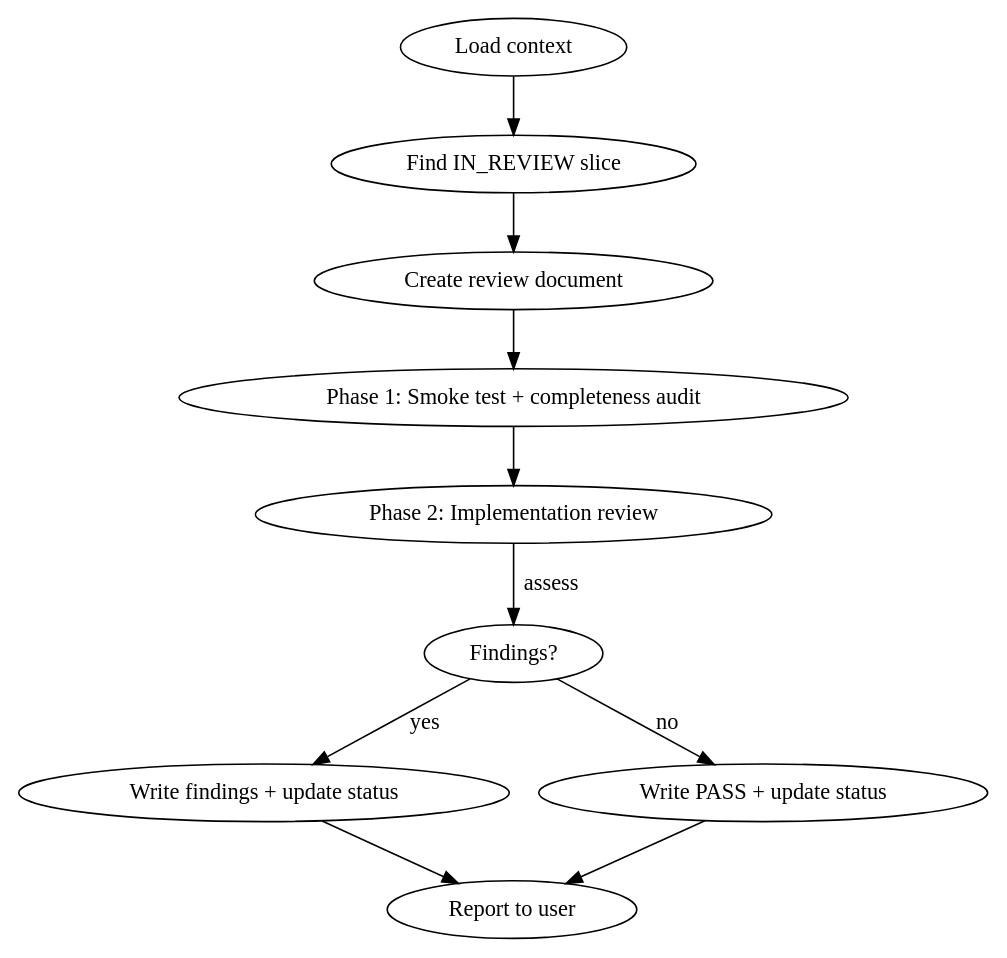
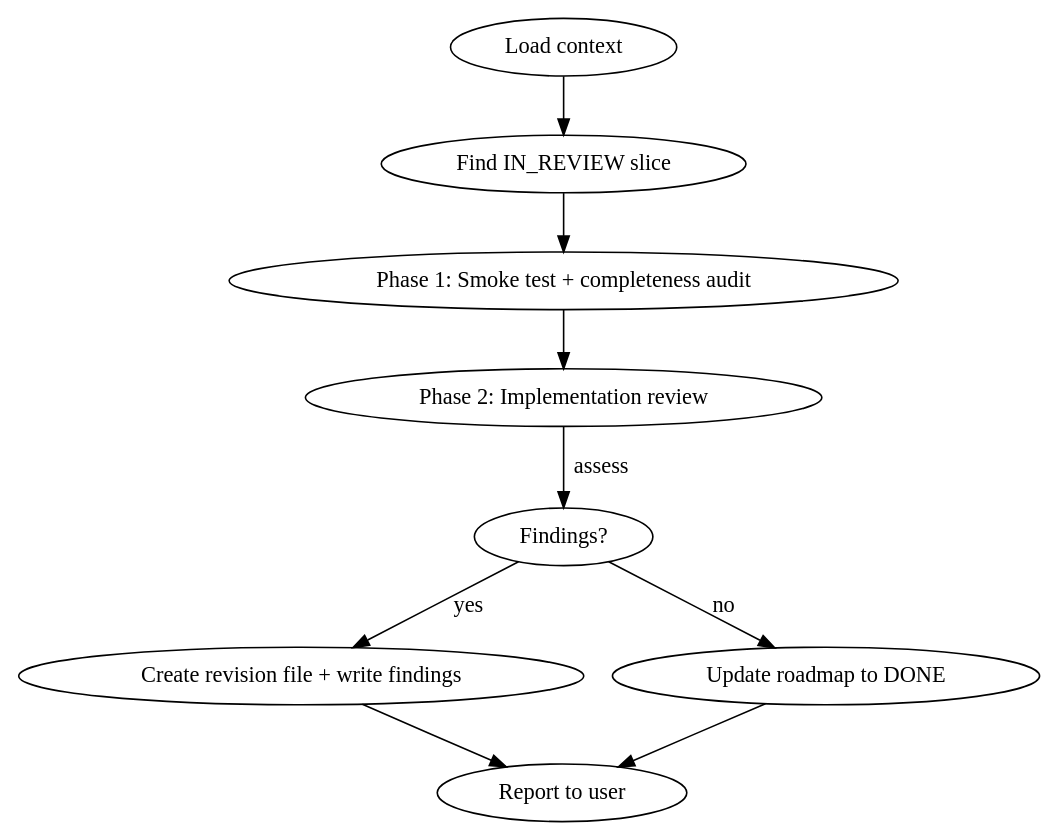
One commit to fredericomozzato/crypto_tracker changed the diagram in .claude/skills/qa/SKILL.md. Above: the diagram before and after it, drawn with Graphviz. The commit also changed other lines of this file and 15 other files, not shown here.

````diff
--- a/.claude/skills/qa/SKILL.md
+++ b/.claude/skills/qa/SKILL.md
@@ -19,13 +19,12 @@
 ```dot
 digraph qa {
     "Load context" -> "Find IN_REVIEW slice";
-    "Find IN_REVIEW slice" -> "Create review document";
-    "Create review document" -> "Phase 1: Smoke test + completeness audit";
+    "Find IN_REVIEW slice" -> "Phase 1: Smoke test + completeness audit";
     "Phase 1: Smoke test + completeness audit" -> "Phase 2: Implementation review";
     "Phase 2: Implementation review" -> "Findings?" [label="assess"];
-    "Findings?" -> "Write findings + update status" [label="yes"];
-    "Findings?" -> "Write PASS + update status" [label="no"];
-    "Write findings + update status" -> "Report to user";
-    "Write PASS + update status" -> "Report to user";
+    "Findings?" -> "Create revision file + write findings" [label="yes"];
+    "Findings?" -> "Update roadmap to DONE" [label="no"];
+    "Create revision file + write findings" -> "Report to user";
+    "Update roadmap to DONE" -> "Report to user";
 }
 ```
````
